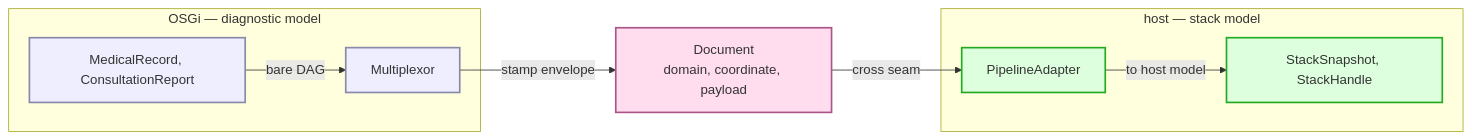
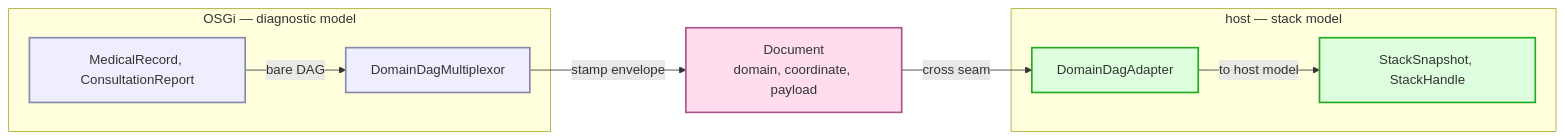
Before and after one commit to nxmatic/rke2lab: the third of 6 diagrams in docs/architecture/osgi/multiplexor-spec.adoc, drawn with Mermaid. The commit also changed other lines of this file and 4 other files, not shown here.

First line of the commit message:
docs(multiplexor): rename to the DomainDag family for crystal-clear roles

```diff
--- a/docs/architecture/osgi/multiplexor-spec.adoc
+++ b/docs/architecture/osgi/multiplexor-spec.adoc
@@ -94,23 +94,23 @@
 [mermaid]
 ....
 flowchart LR
   subgraph "OSGi — diagnostic model"
     dr["MedicalRecord, ConsultationReport"]
-    mux["Multiplexor"]
+    mux["DomainDagMultiplexor"]
   end
   doc["Document<br/>domain, coordinate, payload"]
   subgraph "host — stack model"
-    adapter["PipelineAdapter"]
+    adapter["DomainDagAdapter"]
     snap["StackSnapshot, StackHandle"]
   end
   dr -->|bare DAG| mux
   mux -->|stamp envelope| doc
   doc -->|cross seam| adapter
   adapter -->|to host model| snap
   classDef o fill:#eef,stroke:#88a,stroke-width:2px;
   classDef c fill:#fde,stroke:#a58,stroke-width:2px;
   classDef h fill:#dfd,stroke:#2a2,stroke-width:2px;
   class dr,mux o;
   class doc c;
   class adapter,snap h;
 ....
```
